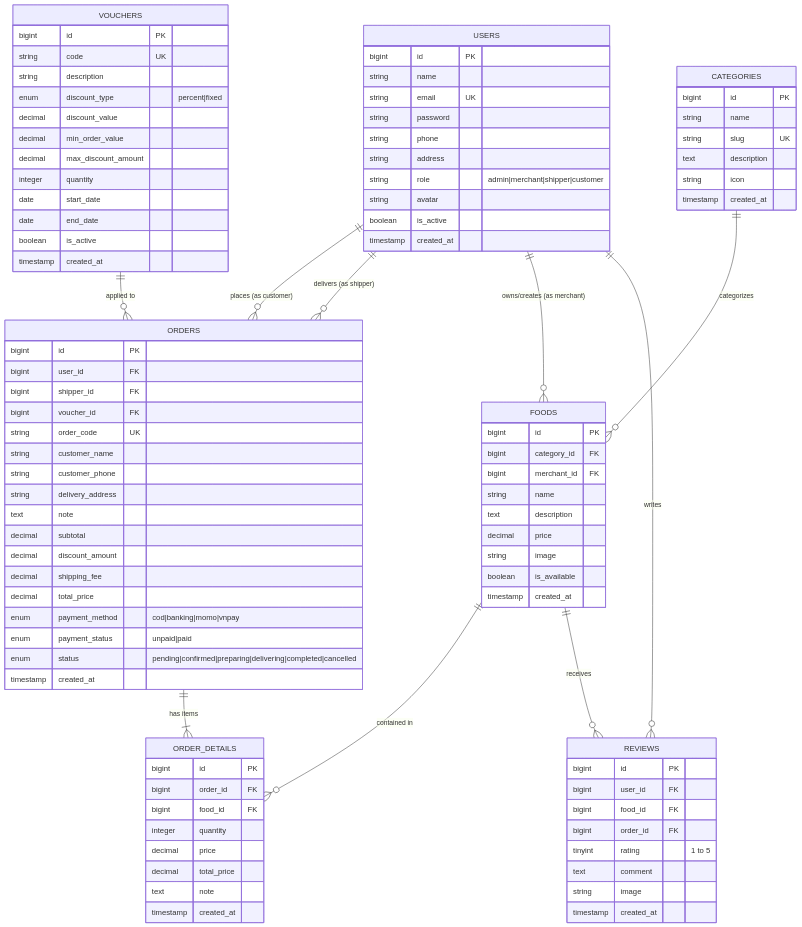
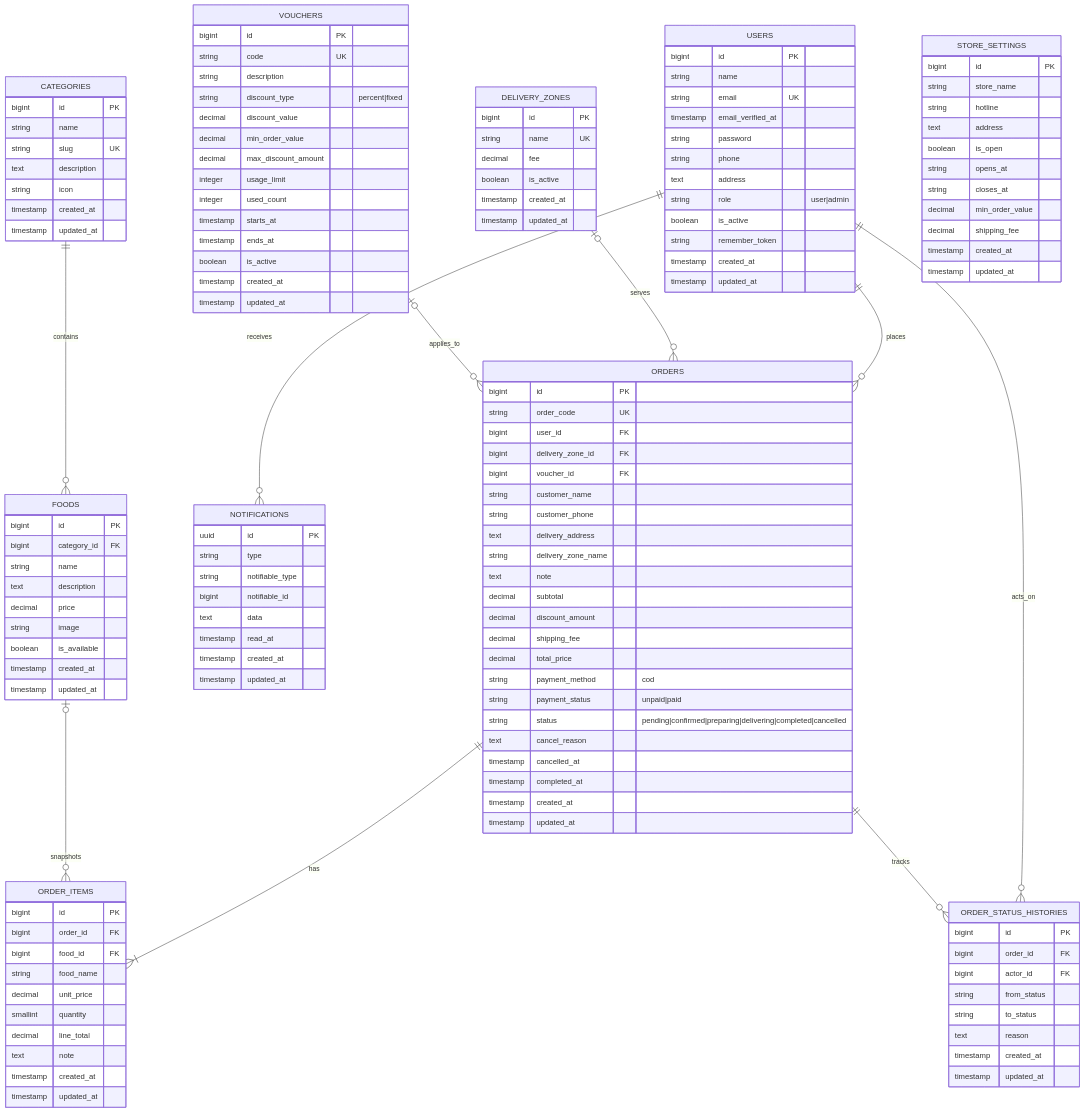
One commit to TranVanKhoa-503/food-order changed the second of 3 diagrams in PROJECT_SPEC.md. Above: the diagram before and after it, drawn with Mermaid. The commit also changed other lines of this file and 88 other files, not shown here.

````diff
--- a/PROJECT_SPEC.md
+++ b/PROJECT_SPEC.md
@@ -62,26 +47,28 @@
 ```mermaid
 erDiagram
-    USERS ||--o{ ORDERS : "places (as customer)"
-    USERS ||--o{ ORDERS : "delivers (as shipper)"
-    USERS ||--o{ FOODS : "owns/creates (as merchant)"
-    USERS ||--o{ REVIEWS : "writes"
-    CATEGORIES ||--o{ FOODS : "categorizes"
-    FOODS ||--o{ ORDER_DETAILS : "contained in"
-    ORDERS ||--|{ ORDER_DETAILS : "has items"
-    VOUCHERS ||--o{ ORDERS : "applied to"
-    FOODS ||--o{ REVIEWS : "receives"
+    USERS ||--o{ ORDERS : "places"
+    USERS ||--o{ ORDER_STATUS_HISTORIES : "acts_on"
+    USERS ||--o{ NOTIFICATIONS : "receives"
+    CATEGORIES ||--o{ FOODS : "contains"
+    ORDERS ||--|{ ORDER_ITEMS : "has"
+    FOODS o|--o{ ORDER_ITEMS : "snapshots"
+    DELIVERY_ZONES o|--o{ ORDERS : "serves"
+    VOUCHERS o|--o{ ORDERS : "applies_to"
+    ORDERS ||--o{ ORDER_STATUS_HISTORIES : "tracks"
 
     USERS {
         bigint id PK
         string name
         string email UK
+        timestamp email_verified_at
         string password
         string phone
-        string address
-        string role "admin|merchant|shipper|customer"
-        string avatar
+        text address
+        string role "user|admin"
         boolean is_active
+        string remember_token
         timestamp created_at
+        timestamp updated_at
     }
 
     CATEGORIES {
@@ -91,74 +78,118 @@
         text description
         string icon
         timestamp created_at
+        timestamp updated_at
     }
 
     FOODS {
         bigint id PK
         bigint category_id FK
-        bigint merchant_id FK
         string name
         text description
         decimal price
         string image
         boolean is_available
         timestamp created_at
+        timestamp updated_at
     }
 
     VOUCHERS {
         bigint id PK
         string code UK
         string description
-        enum discount_type "percent|fixed"
+        string discount_type "percent|fixed"
         decimal discount_value
         decimal min_order_value
         decimal max_discount_amount
-        integer quantity
-        date start_date
-        date end_date
+        integer usage_limit
+        integer used_count
+        timestamp starts_at
+        timestamp ends_at
         boolean is_active
         timestamp created_at
+        timestamp updated_at
+    }
+
+    DELIVERY_ZONES {
+        bigint id PK
+        string name UK
+        decimal fee
+        boolean is_active
+        timestamp created_at
+        timestamp updated_at
+    }
+
+    STORE_SETTINGS {
+        bigint id PK
+        string store_name
+        string hotline
+        text address
+        boolean is_open
+        string opens_at
+        string closes_at
+        decimal min_order_value
+        decimal shipping_fee
+        timestamp created_at
+        timestamp updated_at
     }
 
     ORDERS {
         bigint id PK
+        string order_code UK
         bigint user_id FK
-        bigint shipper_id FK
+        bigint delivery_zone_id FK
         bigint voucher_id FK
-        string order_code UK
         string customer_name
         string customer_phone
-        string delivery_address
+        text delivery_address
+        string delivery_zone_name
         text note
         decimal subtotal
         decimal discount_amount
         decimal shipping_fee
         decimal total_price
-        enum payment_method "cod|banking|momo|vnpay"
-        enum payment_status "unpaid|paid"
-        enum status "pending|confirmed|preparing|delivering|completed|cancelled"
+        string payment_method "cod"
+        string payment_status "unpaid|paid"
+        string status "pending|confirmed|preparing|delivering|completed|cancelled"
+        text cancel_reason
+        timestamp cancelled_at
+        timestamp completed_at
         timestamp created_at
+        timestamp updated_at
     }
 
-    ORDER_DETAILS {
+    ORDER_ITEMS {
         bigint id PK
         bigint order_id FK
         bigint food_id FK
-        integer quantity
-        decimal price
-        decimal total_price
+        string food_name
+        decimal unit_price
+        smallint quantity
+        decimal line_total
         text note
         timestamp created_at
+        timestamp updated_at
     }
 
-    REVIEWS {
+    ORDER_STATUS_HISTORIES {
         bigint id PK
-        bigint user_id FK
-        bigint food_id FK
         bigint order_id FK
-        tinyint rating "1 to 5"
-        text comment
-        string image
+        bigint actor_id FK
+        string from_status
+        string to_status
+        text reason
         timestamp created_at
+        timestamp updated_at
+    }
+
+    NOTIFICATIONS {
+        uuid id PK
+        string type
+        string notifiable_type
+        bigint notifiable_id
+        text data
+        timestamp read_at
+        timestamp created_at
+        timestamp updated_at
     }
 ```
````
